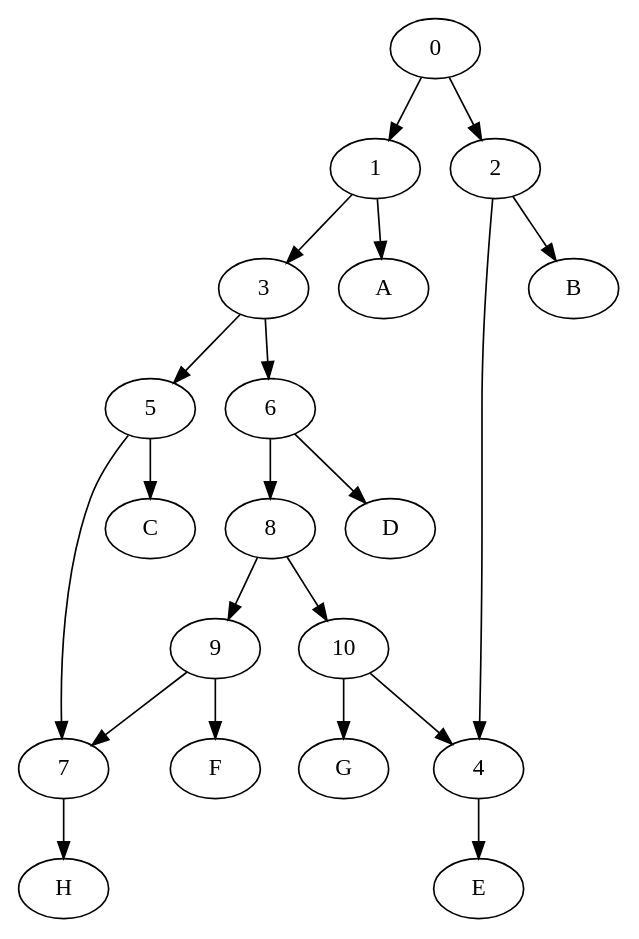
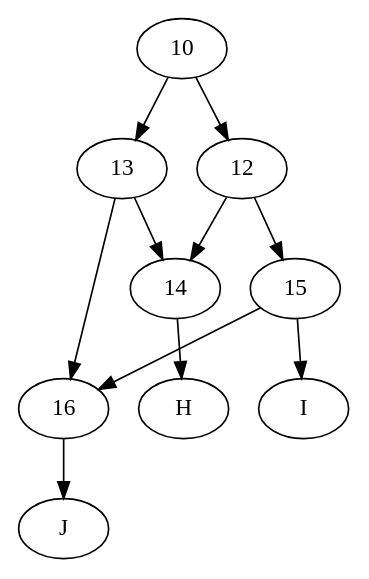
One commit to KSjors/TriL2Net changed the diagram in Digraph.gv. Above: the diagram before and after it, drawn with Graphviz. The commit also changed 10 other files, not shown here.

```diff
--- a/Digraph.gv
+++ b/Digraph.gv
@@ -1,22 +1,12 @@
 digraph {
-	0 -> 1
-	0 -> 2
-	1 -> 3
-	1 -> A
-	2 -> 4
-	2 -> B
-	3 -> 5
-	3 -> 6
-	4 -> E
-	5 -> 7
-	5 -> C
-	6 -> 8
-	6 -> D
-	7 -> H
-	8 -> 9
-	8 -> 10
-	9 -> 7
-	9 -> F
-	10 -> 4
-	10 -> G
+	10 -> 12
+	10 -> 13
+	12 -> 14
+	12 -> 15
+	13 -> 14
+	13 -> 16
+	14 -> H
+	16 -> J
+	15 -> 16
+	15 -> I
 }
```
